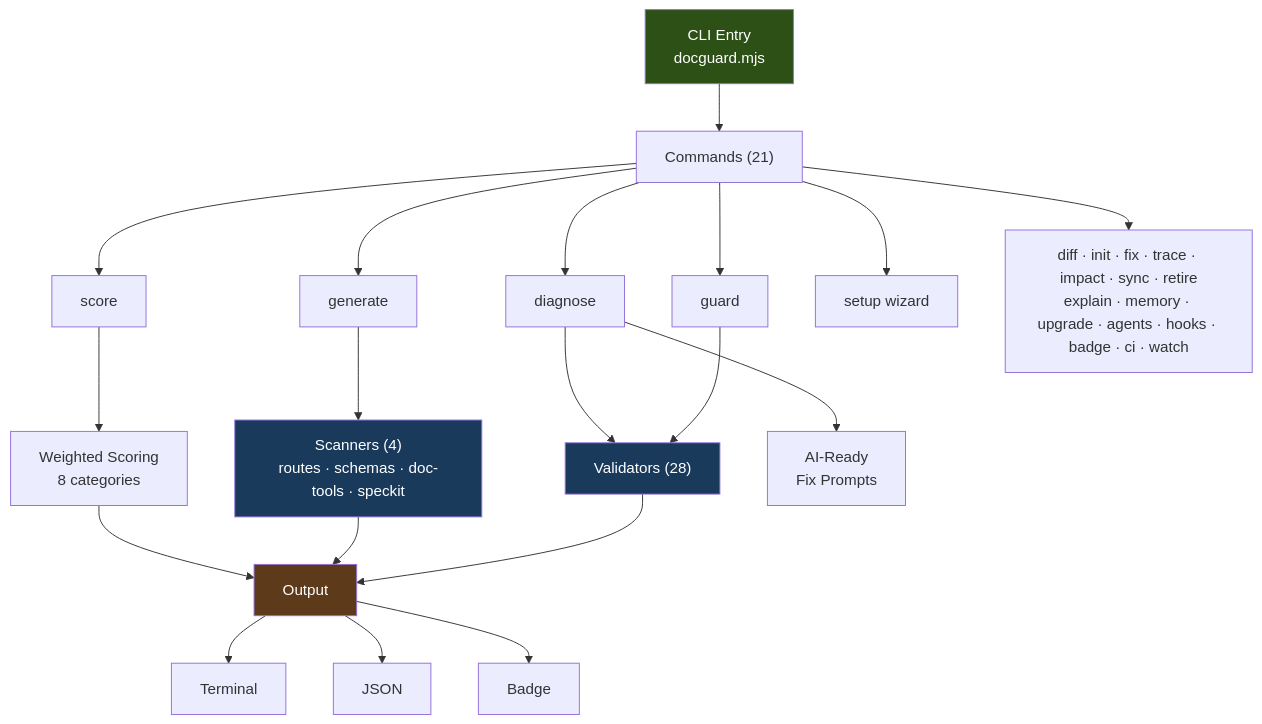
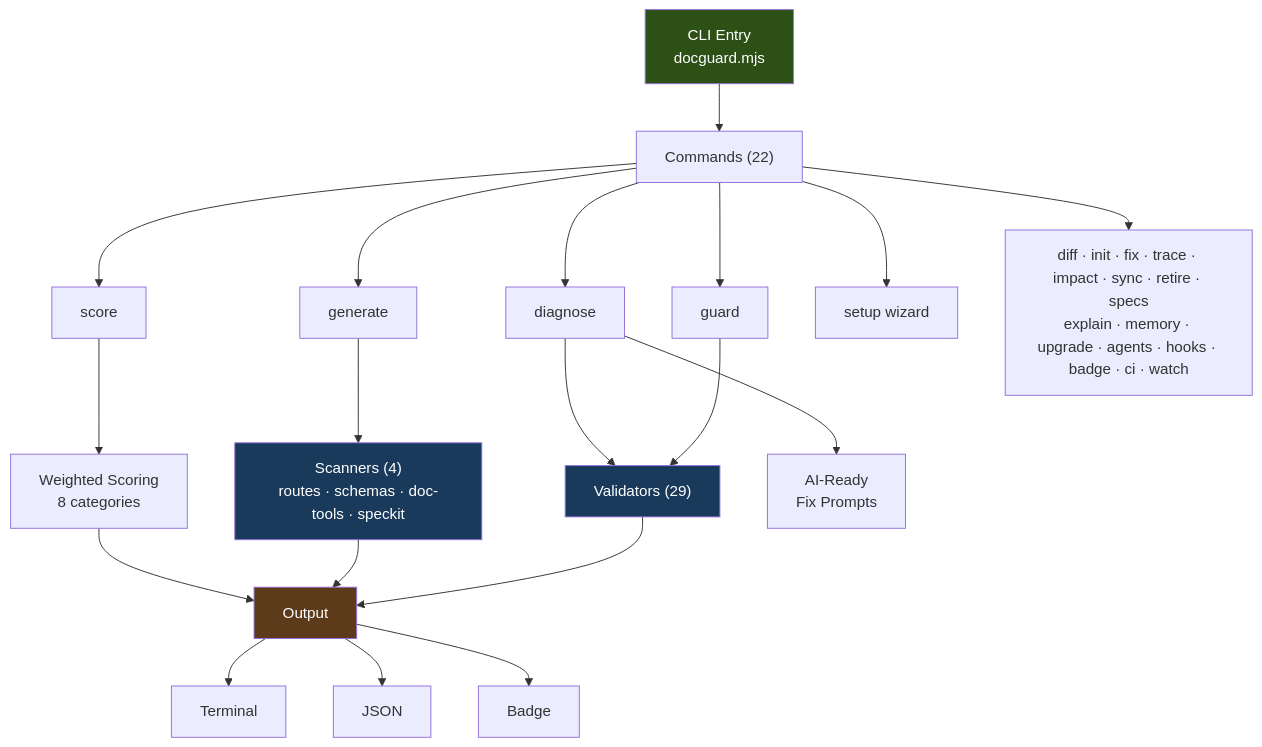
Before and after one commit to raccioly/docguard: the diagram in README.md, drawn with Mermaid. The commit also changed other lines of this file and 39 other files, not shown here.

````diff
--- a/README.md
+++ b/README.md
@@ -70,28 +70,28 @@
 ```mermaid
 graph TD
-    CLI["CLI Entry<br/>docguard.mjs"] --> Commands["Commands (21)"]
+    CLI["CLI Entry<br/>docguard.mjs"] --> Commands["Commands (22)"]
     Commands --> guard["guard"]
     Commands --> generate["generate"]
     Commands --> score["score"]
     Commands --> diagnose["diagnose"]
     Commands --> setup["setup wizard"]
-    Commands --> other["diff · init · fix · trace · impact · sync · retire<br/>explain · memory · upgrade · agents · hooks · badge · ci · watch"]
+    Commands --> other["diff · init · fix · trace · impact · sync · retire · specs<br/>explain · memory · upgrade · agents · hooks · badge · ci · watch"]
 
-    guard --> Validators["Validators (28)"]
+    guard --> Validators["Validators (29)"]
     generate --> Scanners["Scanners (4)<br/>routes · schemas · doc-tools · speckit"]
     score --> Scoring["Weighted Scoring<br/>8 categories"]
     diagnose --> Validators
     diagnose --> AIPrompts["AI-Ready<br/>Fix Prompts"]
 
     Validators --> Output["Output"]
     Scanners --> Output
     Scoring --> Output
     Output --> Terminal["Terminal"]
     Output --> JSON["JSON"]
     Output --> Badge["Badge"]
 
     style CLI fill:#2d5016,color:#fff
     style Validators fill:#1a3a5c,color:#fff
     style Scanners fill:#1a3a5c,color:#fff
     style Output fill:#5c3a1a,color:#fff
 ```
````
